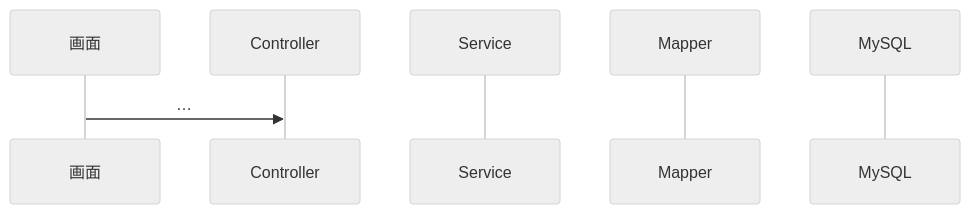
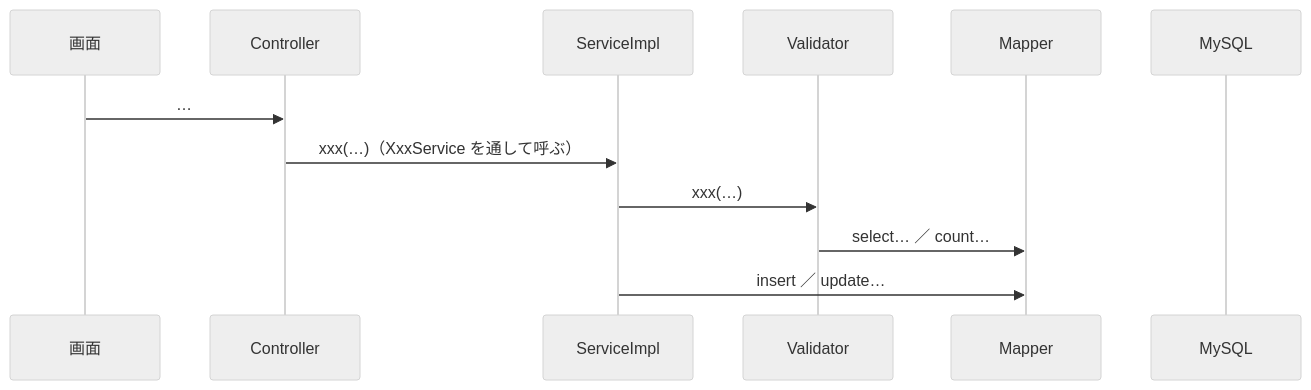
Before and after one commit to sekiyak611/EquipmentManagementSystem_Document: the diagram in internaldesign/詳細設計/テンプレート/API.md, drawn with Mermaid (neutral theme). The commit also changed other lines of this file and 81 other files, not shown here.

First line of the commit message:
ディレクトリ構成の変更：service を interface と Impl に分け、業務チェックを validator に置く

````diff
--- a/internaldesign/詳細設計/テンプレート/API.md
+++ b/internaldesign/詳細設計/テンプレート/API.md
@@ -108,9 +110,14 @@
 ```mermaid
 sequenceDiagram
     participant 画面
     participant Controller
-    participant Service
+    participant ServiceImpl
+    participant Validator
     participant Mapper
     participant MySQL
     画面->>Controller: …
+    Controller->>ServiceImpl: xxx(…)（XxxService を通して呼ぶ）
+    ServiceImpl->>Validator: xxx(…)
+    Validator->>Mapper: select… ／ count…
+    ServiceImpl->>Mapper: insert ／ update…
 ```
````
